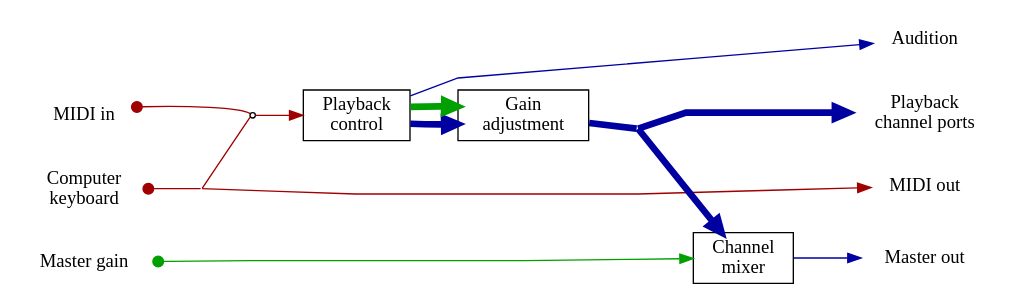
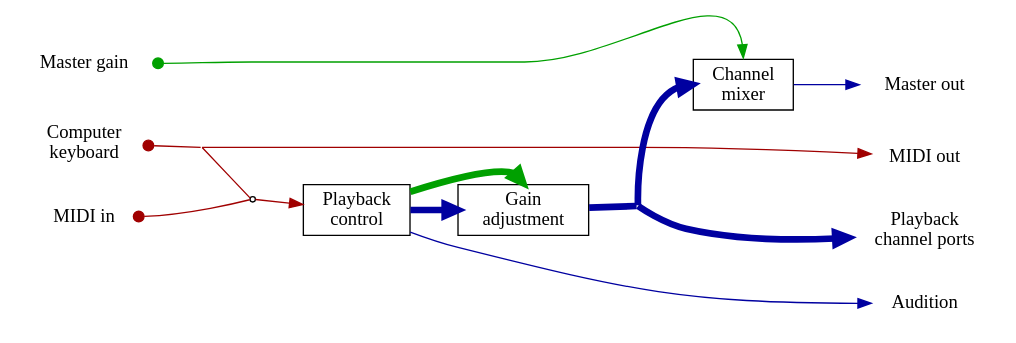
One commit to milasudril/anja changed the diagram in doc/signalflow.dot. Above: the diagram before and after it, drawn with Graphviz. The commit also changed 2 other files, not shown here.

```diff
--- a/doc/signalflow.dot
+++ b/doc/signalflow.dot
@@ -1,38 +1,37 @@
 digraph "signalflow"
 	{
-	splines=polyline
 	rankdir="LR"
 	node[shape="box"];
 	edge[color="#a00000"]
 	"Computer\nkeyboard"[shape=none]
 	"Computer\nkeyboard"->junction_2[arrowhead=none,arrowtail=dot,dir=both]
 	"junction_2"->"MIDI out"
 	"junction_2"->"junction_0"[arrowhead=none]
 	"MIDI in"->junction_0[style=invis]
 	dummy_0->"MIDI out"[style=invis]
-	"MIDI out"[shape=none]
-	"MIDI in"->junction_0[arrowhead=none,arrowtail=dot,dir=both]
+	"MIDI out":w[shape=none]
+	"MIDI in":e->junction_0[arrowhead=none,arrowtail=dot,dir=both]
 	"MIDI in"[shape=none]
 	"junction_0"->"Playback\ncontrol"
-	"Playback\ncontrol"->"Gain\nadjustment"[penwidth = 5,color="#0000a0"]
+	"Playback\ncontrol"->"Gain\nadjustment":w[penwidth = 5,color="#0000a0"]
 	"Audition"[shape=none]
-	"Playback\ncontrol"->"Audition"[color="#0000a0"]
-	"Playback\ncontrol"->"Gain\nadjustment"[penwidth = 5,color="#00a000"]
+	"Playback\ncontrol"->"Audition":w[color="#0000a0"]
+	"Playback\ncontrol"->"Gain\nadjustment":n[penwidth = 5,color="#00a000"]
 	"Gain\nadjustment"->"junction_1"[penwidth = 5,color="#0000a0",arrowhead=none]
-	"junction_1"->"Channel\nmixer"[penwidth = 5,color="#0000a0"]
+	"junction_1"->"Channel\nmixer":w[penwidth = 5,color="#0000a0"]
 	"junction_1"->"Playback\nchannel ports"[penwidth = 5,color="#0000a0"]
 	"junction_1"->dummy_0[style=invis]
 	dummy_0->"Playback\nchannel ports"[style=invis]
 	dummy_0->"Audition"[style=invis]
 	dummy_0[style=invis,width=0.0,height=0.0]
-	"Master gain"->"Channel\nmixer"[color="#00a000",arrowtail=dot,dir=both]
+	"Master gain":e->"Channel\nmixer":n[color="#00a000",arrowtail=dot,dir=both]
 	"Master out"[shape=none]
 	"junction_1"[style=invis,label="",fixedsize=true,width=0,height=0]
 	"junction_2"[style=invis,label="",fixedsize=true,width=0,height=0]
 	"junction_0"[shape=oval,label="",fixedsize=true,width=0.05,height=0.05]
 	"Playback\nchannel ports"[shape=none]
-	"Channel\nmixer"->"Master out"[color="#0000a0"]
+	"Channel\nmixer"->"Master out":w[color="#0000a0"]
 	"Master gain"[shape=none]
-	"Master gain"->junction_2[style=invis]
-	"MIDI in"->junction_2[style=invis]
+	"Master gain":e->junction_2[style=invis]
+	"MIDI in":e->junction_2[style=invis]
 	}
```
